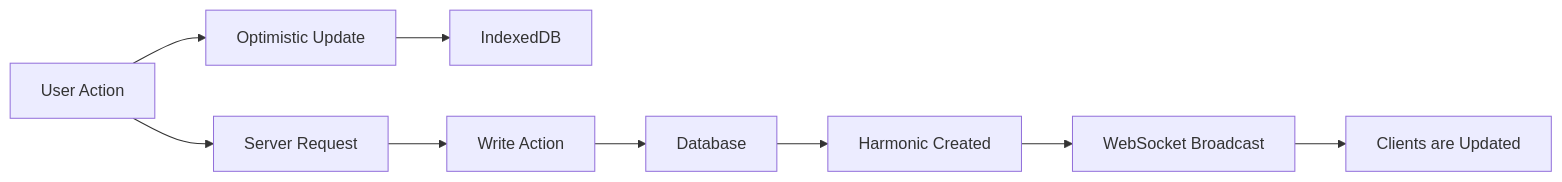
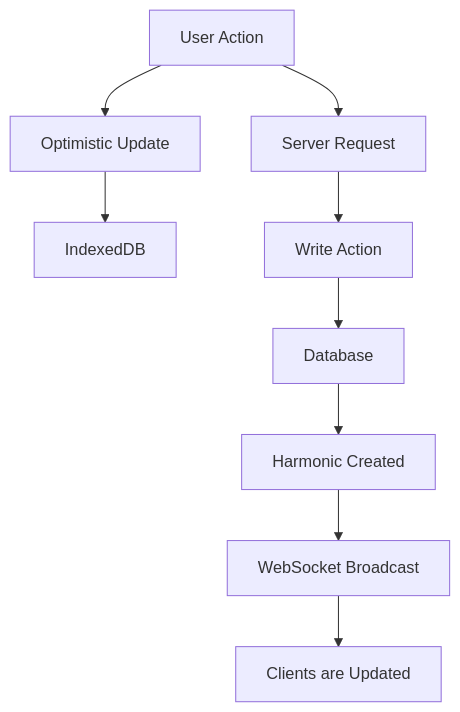
Before and after one commit to Pixelsprout/laravel-chorus: the diagram in docs/index.mdx, drawn with Mermaid. The commit also changed other lines of this file and 13 other files, not shown here.

````diff
--- a/docs/index.mdx
+++ b/docs/index.mdx
@@ -97,11 +97,11 @@
 ```mermaid
-graph LR
+graph TD
     A[User Action] --> B[Optimistic Update]
     B --> C[IndexedDB]
     A --> D[Server Request]
     D --> E[Write Action]
     E --> F[Database]
     F --> G[Harmonic Created]
     G --> H[WebSocket Broadcast]
     H --> I[Clients are Updated]
 ```
````
